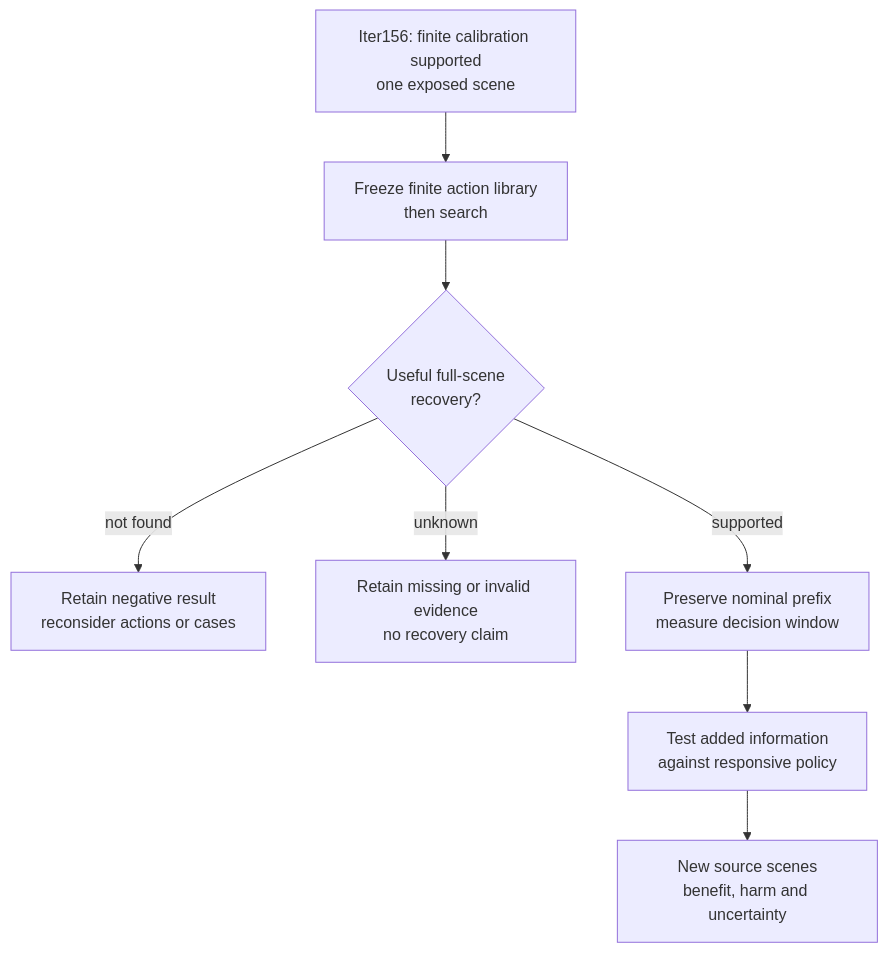
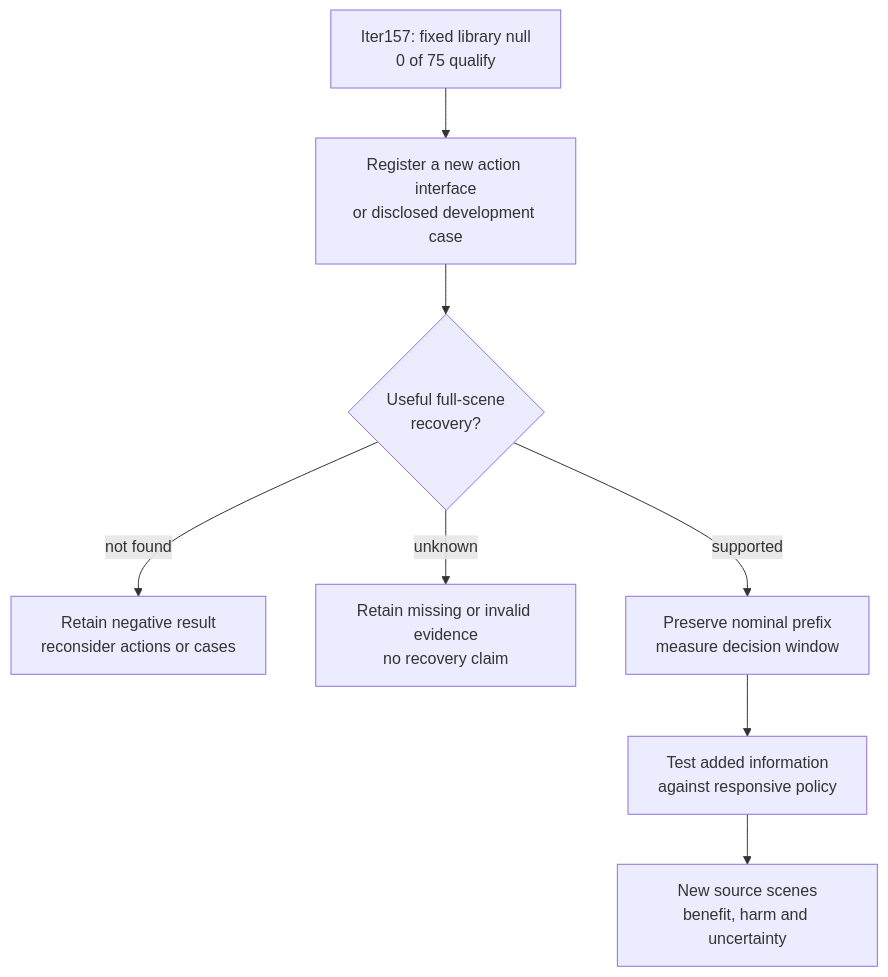
The third of 3 diagrams in README.md (manfromnowhere143/sentinel), drawn with Mermaid before and after one commit. The commit also changed other lines of this file and 33 other files, not shown here.

Commit message:
Close the constrained action-library null and publish its complete limits

````diff
--- a/README.md
+++ b/README.md
@@ -454,12 +477,12 @@
 ```mermaid
 flowchart TB
   accTitle: The proposed route from collision replay to information benefit
-  accDescr: Calibration precedes a new action search. Full-scene recovery and a measured decision window are required before testing an added signal.
-  C["Iter156: finite calibration supported<br/>one exposed scene"] --> S["Freeze finite action library<br/>then search"]
+  accDescr: Complete constraints reject the retained library. A new action opportunity and native recovery must precede information testing.
+  C["Iter157: fixed library null<br/>0 of 75 qualify"] --> S["Register a new action interface<br/>or disclosed development case"]
   S --> R{"Useful full-scene<br/>recovery?"}
   R -- "not found" --> N["Retain negative result<br/>reconsider actions or cases"]
   R -- "unknown" --> U["Retain missing or invalid evidence<br/>no recovery claim"]
   R -- "supported" --> W["Preserve nominal prefix<br/>measure decision window"]
   W --> I["Test added information<br/>against responsive policy"]
   I --> H["New source scenes<br/>benefit, harm and uncertainty"]
 ```
````
